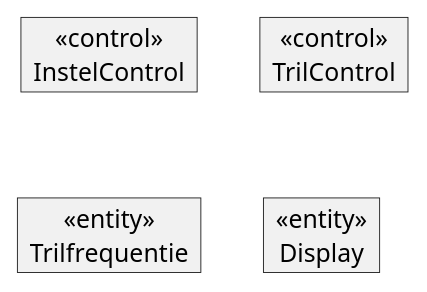
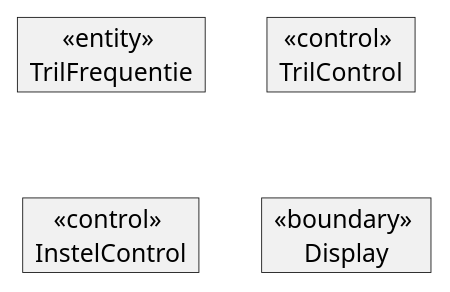
One commit to HU-TI-DEV/TI-S3 changed the sixth of 20 diagrams in software/modelleren/plantuml/plantuml.md. Above: the diagram before and after it, drawn with PlantUML. The commit also changed other lines of this file and 29 other files, not shown here.

````diff
--- a/software/modelleren/plantuml/plantuml.md
+++ b/software/modelleren/plantuml/plantuml.md
@@ -67,12 +69,12 @@
 ```plantuml
 @startuml
 
 hide attributes
-hide methods
-object "<<control>>\nInstelControl" as O1
-object "<<control>>\nTrilControl" as O2
-object "<<entity>>\nTrilfrequentie" as O3
-object "<<entity>>\nDisplay" as O4
+
+object "<<entity>> \nTrilFrequentie" as O1
+object "<<control>> \nTrilControl" as O2
+object "<<control>> \nInstelControl" as O4
+object "<<boundary>> \nDisplay" as O9
 
 @enduml
 ```
````
